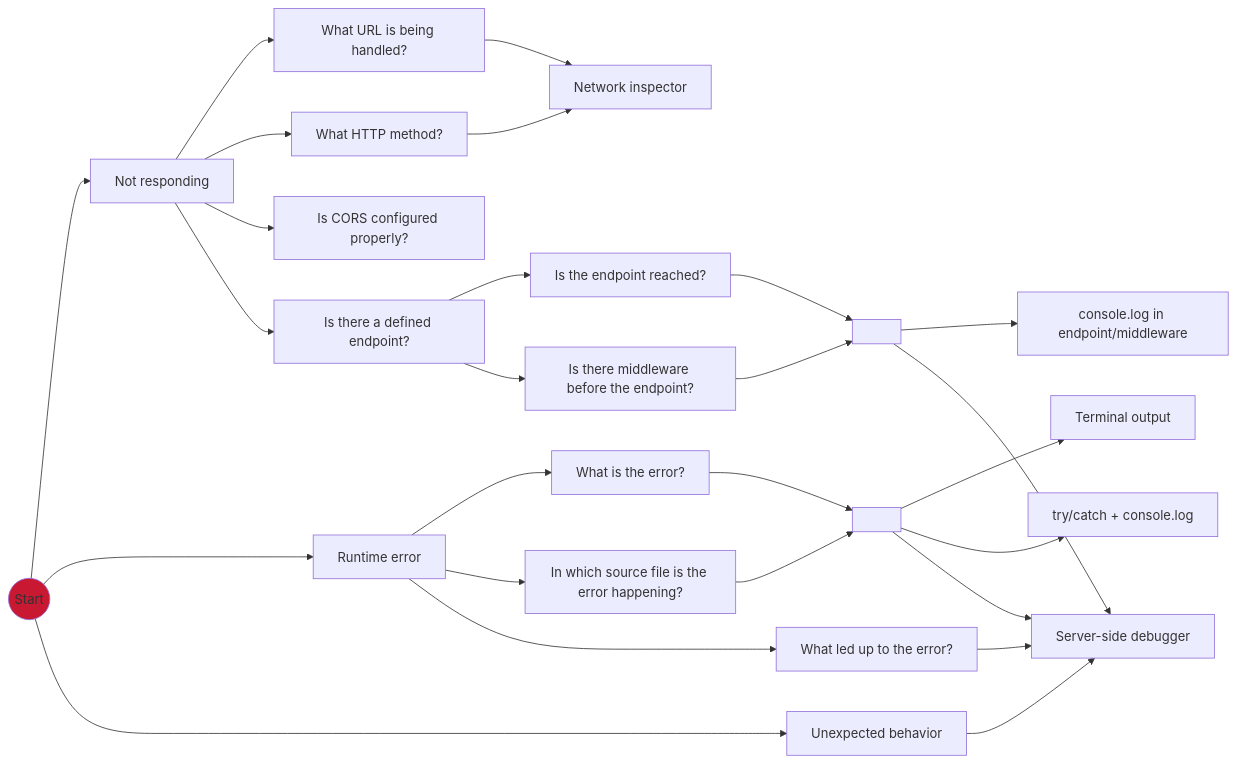
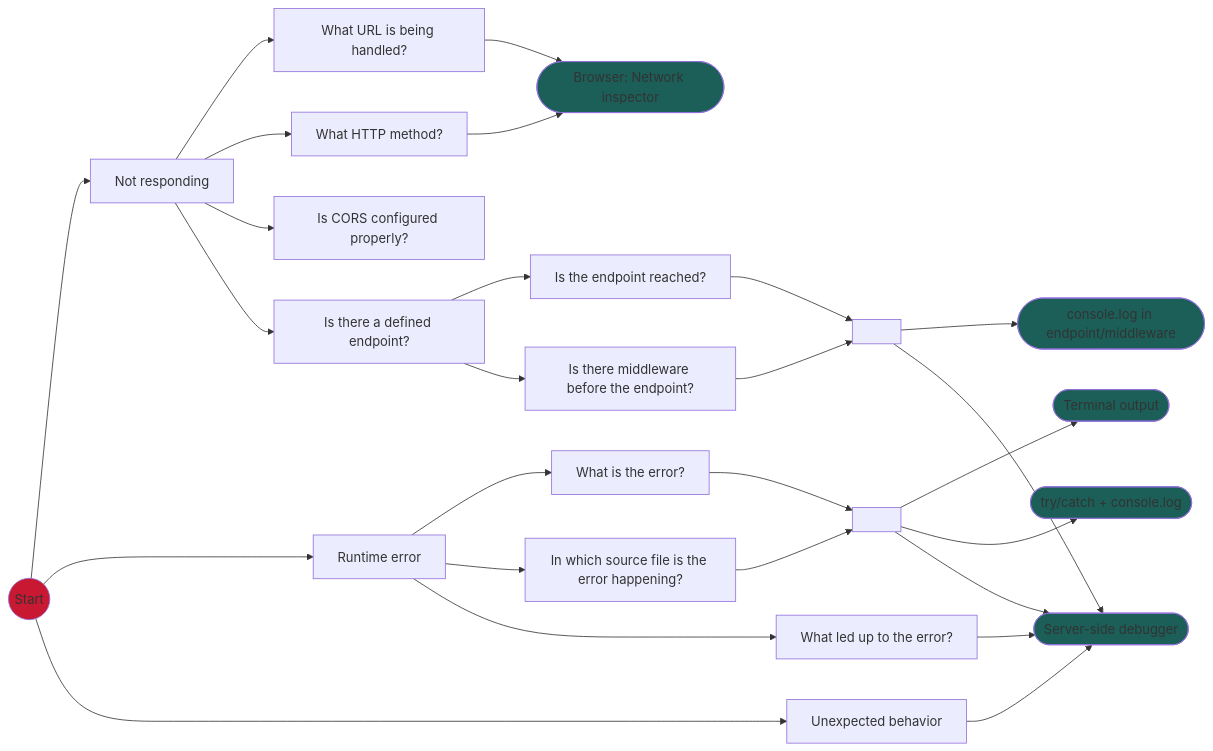
The fourth of 5 diagrams in README.md (zspitz/debuggingProcess), drawn with Mermaid before and after one commit. The commit also changed other lines of this file, not shown here.

````diff
--- a/README.md
+++ b/README.md
@@ -89,16 +108,22 @@
 ```mermaid
 graph LR
-Start((Start)) --> N085[Not responding] --> N086[What URL is being handled?] & N087[What HTTP method?] --> N088[Network inspector]
+Start((Start)) --> N085[Not responding] --> N086[What URL is being handled?] & N087[What HTTP method?] --> N088([Browser: Network inspector])
 
 N085 --> N089[Is CORS configured properly?]
 
-N085 --> N090[Is there a defined endpoint?] --> N091[Is the endpoint reached?] & N092[Is there middleware before the endpoint?] --> N093[ ] --> N094[console.log in endpoint/middleware] & N095[VS Code: NodeJS debugger]
+N085 --> N090[Is there a defined endpoint?] --> N091[Is the endpoint reached?] & N092[Is there middleware before the endpoint?] --> N093[ ] --> N094([console.log in endpoint/middleware]) & N095([Server-side debugger])
 
-Start --> N096[Runtime error] --> N097[What is the error?] & N098[In which source file is the error happening?] --> N099[ ] --> N104[Terminal output] & N100[try/catch + console.log] & N095[Server-side debugger]
+Start --> N096[Runtime error] --> N097[What is the error?] & N098[In which source file is the error happening?] --> N099[ ] --> N104([Terminal output]) & N100([try/catch + console.log]) & N095
 
 N096 --> N102[What led up to the error?] --> N095
 
 Start --> N103[Unexpected behavior] --> N095
 
 style Start fill:#c91831
+style N088 fill:#1b5f58
+style N094 fill:#1b5f58
+style N095 fill:#1b5f58
+style N104 fill:#1b5f58
+style N100 fill:#1b5f58
+
 ```
````
